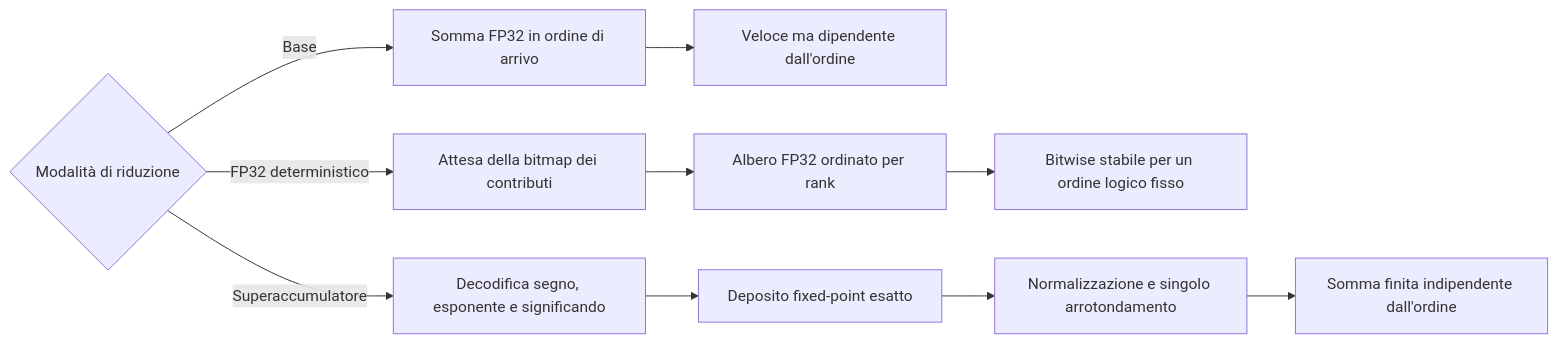
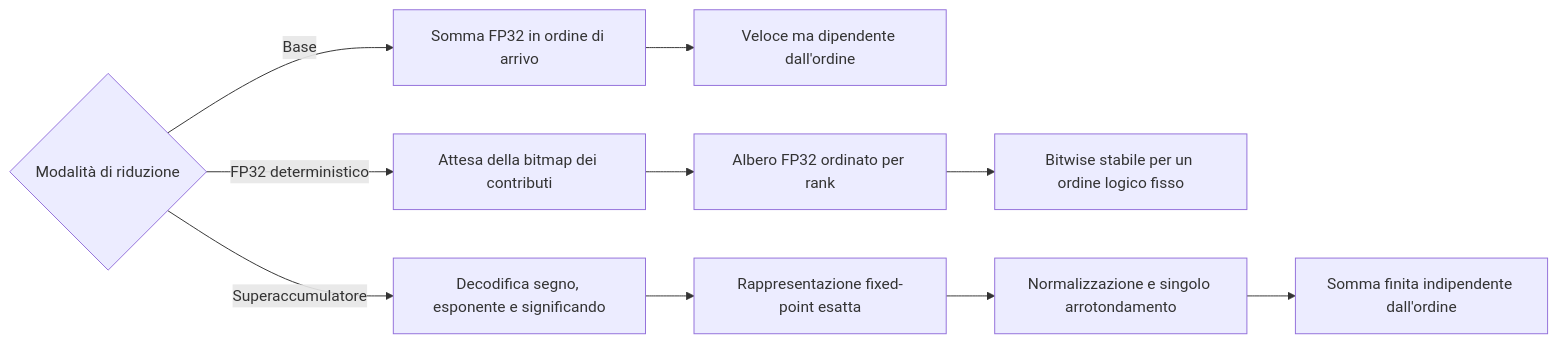
The diagram in docs/chapters/1-introduction/reproducibility.it.md (uniquadev/prism), drawn with Mermaid before and after one commit. The commit also changed other lines of this file and 4 other files, not shown here.

````diff
--- a/docs/chapters/1-introduction/reproducibility.it.md
+++ b/docs/chapters/1-introduction/reproducibility.it.md
@@ -46,16 +43,16 @@
 ```mermaid
 flowchart LR
     S{Modalità di riduzione}
 
     S -->|Base| B[Somma FP32 in ordine di arrivo]
     B --> O1[Veloce ma dipendente dall'ordine]
 
     S -->|FP32 deterministico| C[Attesa della bitmap dei contributi]
     C --> D[Albero FP32 ordinato per rank]
     D --> O2[Bitwise stabile per un ordine logico fisso]
 
     S -->|Superaccumulatore| E[Decodifica segno, esponente e significando]
-    E --> F[Deposito fixed-point esatto]
+    E --> F[Rappresentazione fixed-point esatta]
     F --> G[Normalizzazione e singolo arrotondamento]
     G --> O3[Somma finita indipendente dall'ordine]
 ```
````
